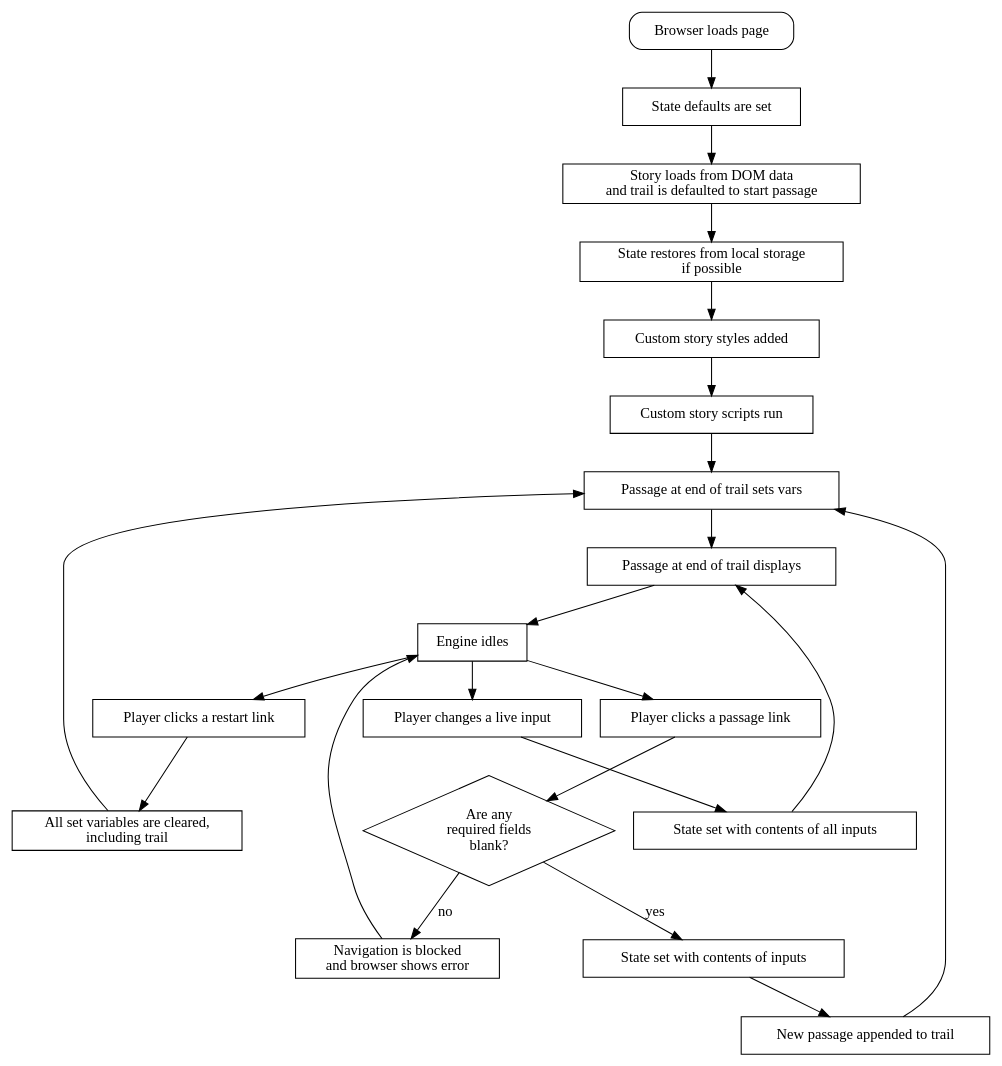
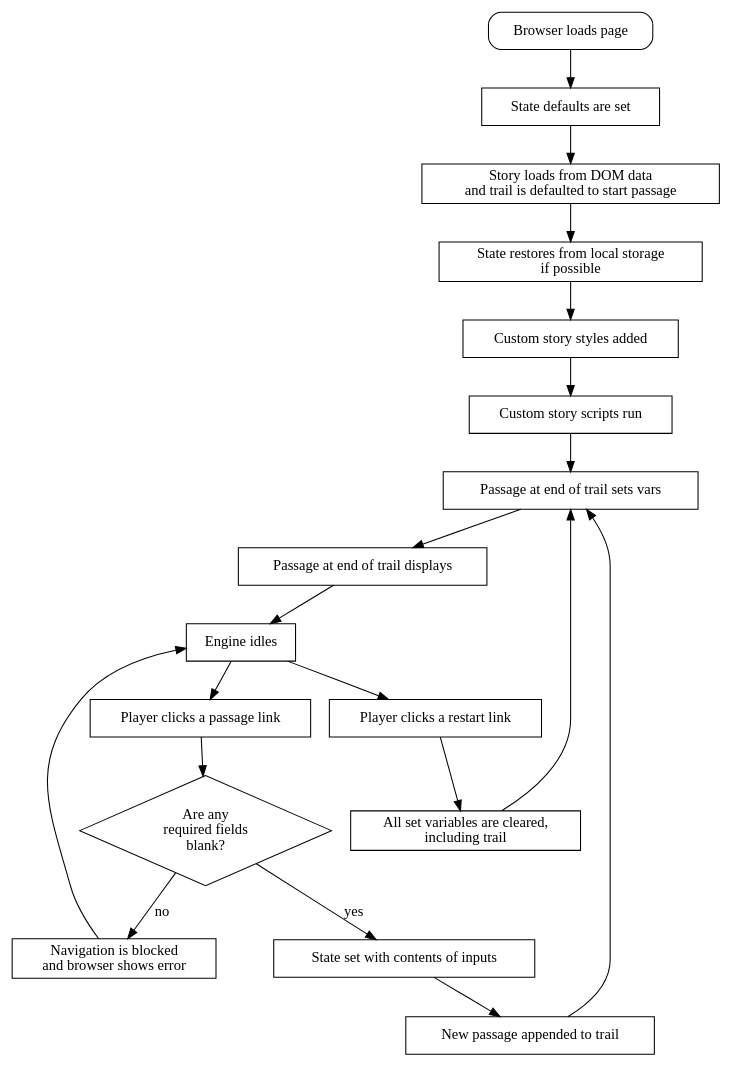
The diagram in guide/references/lifecycle.dot (klembot/chapbook), drawn with Graphviz before and after one commit. The commit also changed 3 other files, not shown here.

```diff
--- a/guide/references/lifecycle.dot
+++ b/guide/references/lifecycle.dot
@@ -1,40 +1,40 @@
 digraph {
 	loadPage[shape="box", style="rounded", label="Browser loads page"]
 	setDefaults[shape="box", label="State defaults are set"]
 	loadDom[shape="box", label="Story loads from DOM data\nand trail is defaulted to start passage"]
 	restoreState[shape="box", label="State restores from local storage\nif possible"]
 	addStyle[shape="box", label="Custom story styles added"]
 	addScript[shape="box", label="Custom story scripts run"]
 
 	loadPage -> setDefaults -> loadDom -> restoreState -> addStyle -> addScript
 
 	setPassageVars[shape="box", label="Passage at end of trail sets vars"]
 	displayPassage[shape="box", label="Passage at end of trail displays"]
 	idle[shape="box", label="Engine idles"]
 
 	addScript -> setPassageVars -> displayPassage -> idle
 
 	navRequested[shape="box", label="Player clicks a passage link"]
 	checkRequired[shape="diamond", label="Are any\nrequired fields\nblank?"]
 	blockNav[shape="box", label="Navigation is blocked\nand browser shows error"]
 
 	idle -> navRequested -> checkRequired
 	checkRequired -> blockNav[label="no"]
 	blockNav -> idle
 
 	setInputs[shape="box", label="State set with contents of inputs"]
 	addPassage[shape="box", label="New passage appended to trail"]
 
 	checkRequired -> setInputs[label="yes"]
 	setInputs -> addPassage -> setPassageVars
 
 	restart[shape="box", label="Player clicks a restart link"]
 	unsetAll[shape="box", label="All set variables are cleared,\nincluding trail"]
 
 	idle -> restart -> unsetAll -> setPassageVars
 
-	changeLiveInput[shape="box", label="Player changes a live input"]
-	setLiveInputs[shape="box", label="State set with contents of all inputs"]
+	// changeLiveInput[shape="box", label="Player changes a live input"]
+	// setLiveInputs[shape="box", label="State set with contents of all inputs"]
 
-	idle -> changeLiveInput -> setLiveInputs -> displayPassage
+	// idle -> changeLiveInput -> setLiveInputs -> displayPassage
 }
```
